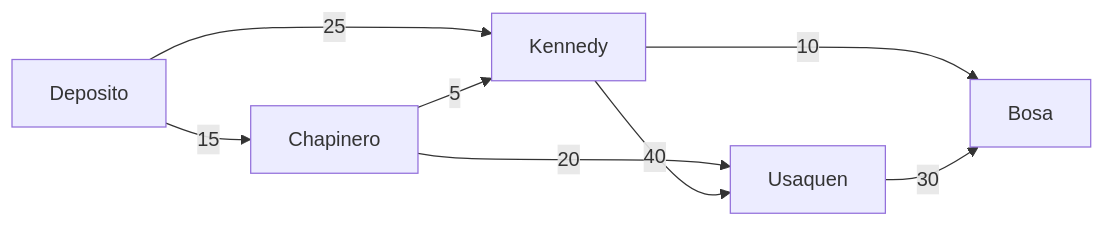
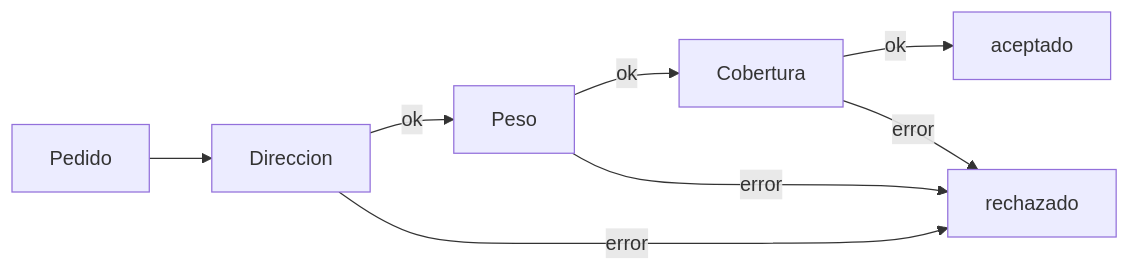
The fourth of 8 diagrams in web/public/content/foundations/modulo-13.md (NICORUIZ93/The_Imperial_Book), drawn with Mermaid before and after one commit. The commit also changed other lines of this file and 36 other files, not shown here.

````diff
--- a/web/public/content/foundations/modulo-13.md
+++ b/web/public/content/foundations/modulo-13.md
@@ -249,10 +358,10 @@
 ```mermaid
-graph LR
-    D[Deposito] -- 15 --> C[Chapinero]
-    D -- 25 --> K[Kennedy]
-    C -- 5 --> K
-    C -- 20 --> U[Usaquen]
-    K -- 10 --> B[Bosa]
-    K -- 40 --> U
-    U -- 30 --> B
+flowchart LR
+    P[Pedido] --> D[Direccion]
+    D -- ok --> W[Peso]
+    W -- ok --> C[Cobertura]
+    C -- ok --> A[aceptado]
+    D -- error --> X[rechazado]
+    W -- error --> X
+    C -- error --> X
 ```
````
